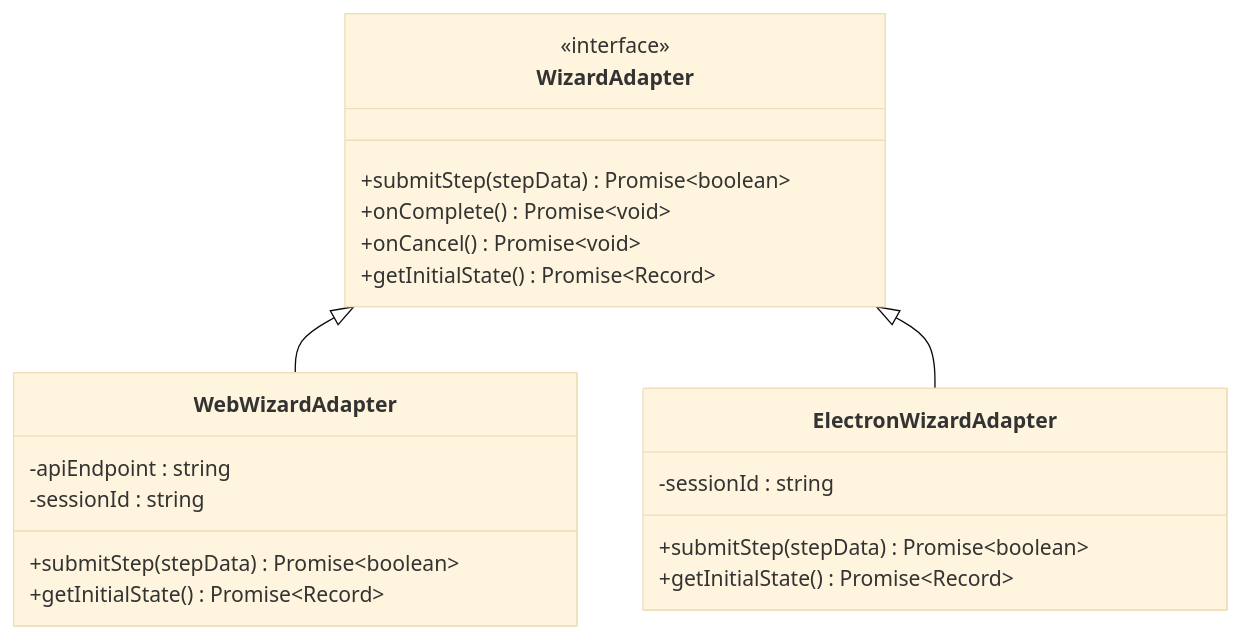
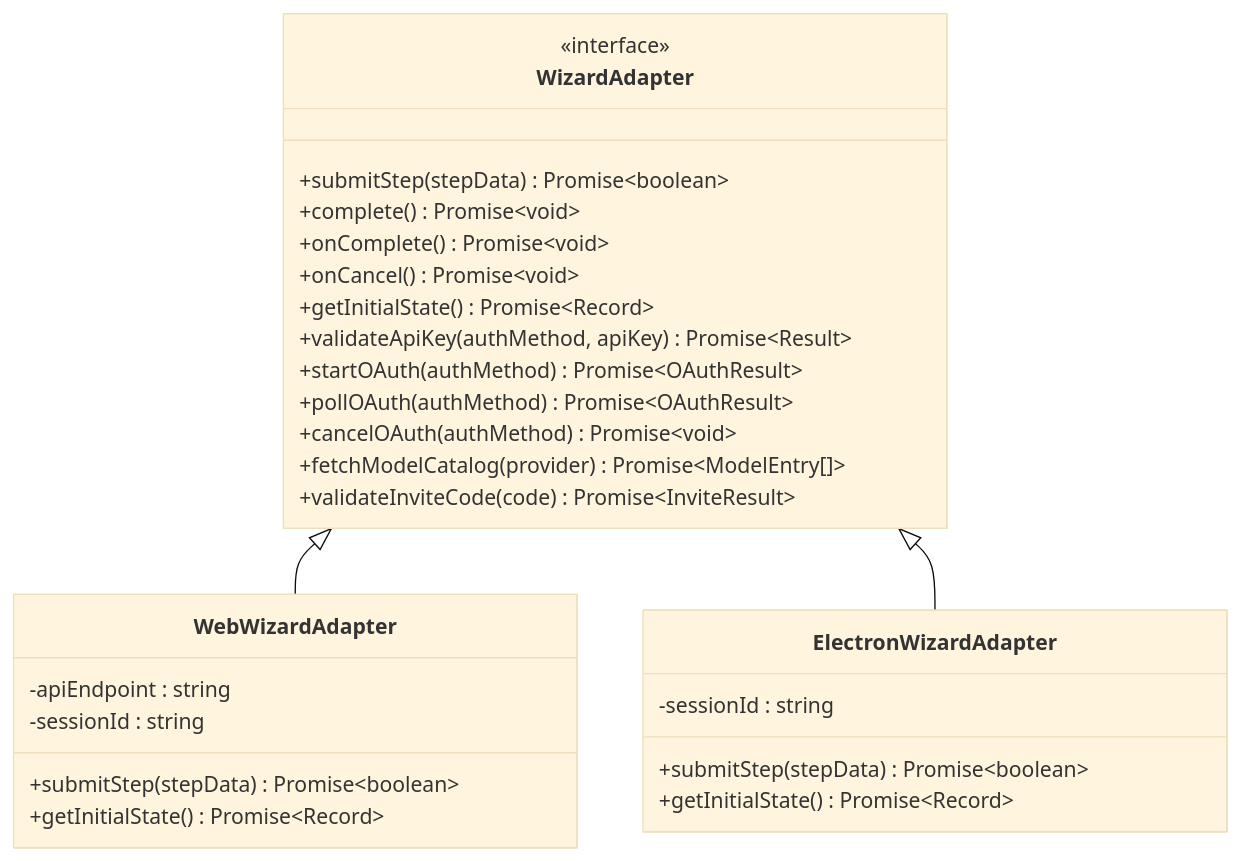
Diagram 15 of 16 in .qoder/repowiki/zh/content/设置向导UI组件.md (verse-ai-org/openclaw), drawn with Mermaid (base theme) before and after one commit. The commit also changed other lines of this file and 31 other files, not shown here.

````diff
--- a/.qoder/repowiki/zh/content/设置向导UI组件.md
+++ b/.qoder/repowiki/zh/content/设置向导UI组件.md
@@ -494,23 +622,30 @@
 ```mermaid
 classDiagram
 class WizardAdapter {
 <<interface>>
 +submitStep(stepData) Promise~boolean~
++complete() Promise~void~
 +onComplete() Promise~void~
 +onCancel() Promise~void~
 +getInitialState() Promise~Record~
++validateApiKey(authMethod, apiKey) Promise~Result~
++startOAuth(authMethod) Promise~OAuthResult~
++pollOAuth(authMethod) Promise~OAuthResult~
++cancelOAuth(authMethod) Promise~void~
++fetchModelCatalog(provider) Promise~ModelEntry[]~
++validateInviteCode(code) Promise~InviteResult~
 }
 class WebWizardAdapter {
 -apiEndpoint : string
 -sessionId : string
 +submitStep(stepData) Promise~boolean~
 +getInitialState() Promise~Record~
 }
 class ElectronWizardAdapter {
 -sessionId : string
 +submitStep(stepData) Promise~boolean~
 +getInitialState() Promise~Record~
 }
 WizardAdapter <|-- WebWizardAdapter
 WizardAdapter <|-- ElectronWizardAdapter
 ```
````
